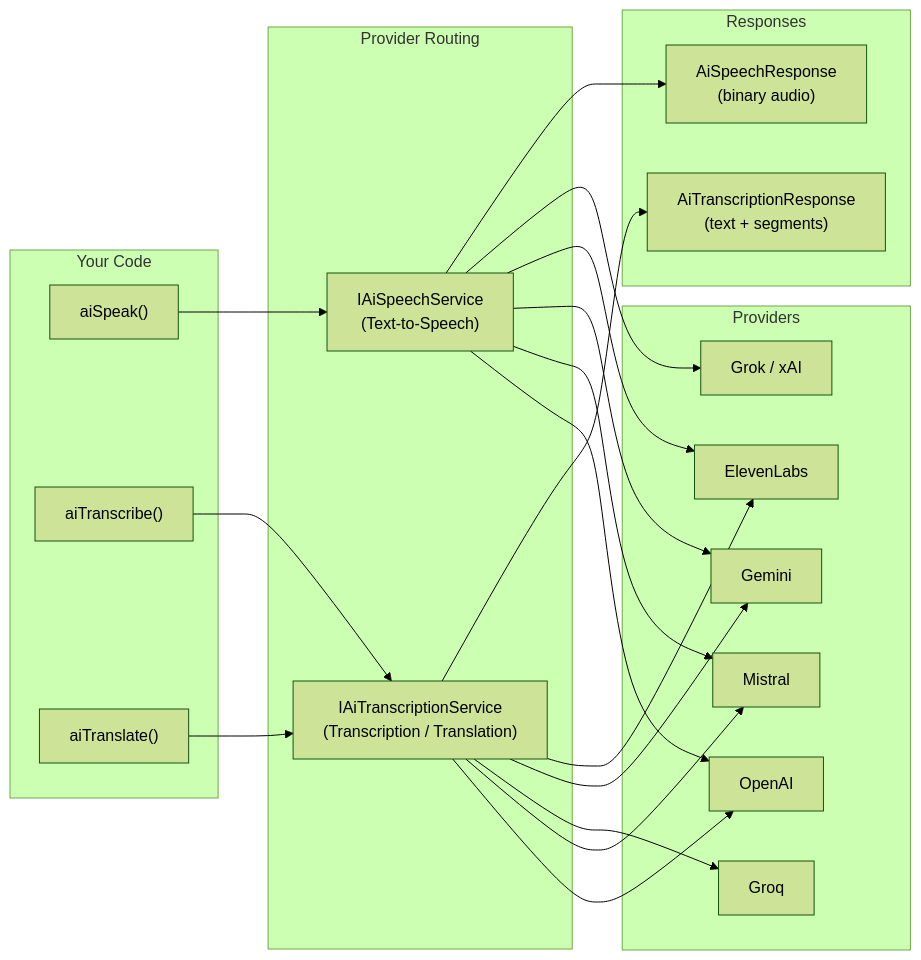
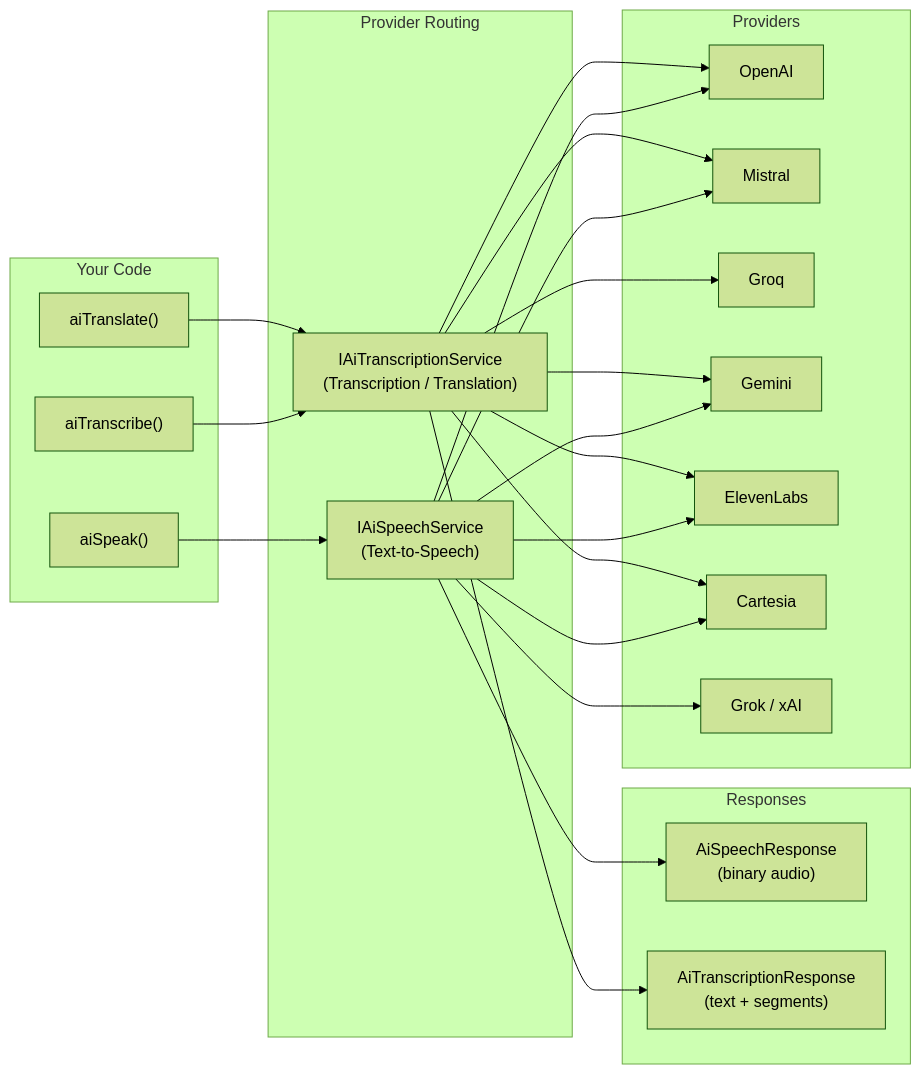
The diagram in main-components/audio/README.md (ortus-boxlang/bx-ai-docs), drawn with Mermaid (forest theme) before and after one commit. The commit also changed other lines of this file and 8 other files, not shown here.

````diff
--- a/main-components/audio/README.md
+++ b/main-components/audio/README.md
@@ -14,35 +14,36 @@
 ```mermaid
 graph LR
     subgraph "Your Code"
         A1["aiSpeak()"]
         A2["aiTranscribe()"]
         A3["aiTranslate()"]
     end
 
     subgraph "Provider Routing"
         B1["IAiSpeechService\n(Text-to-Speech)"]
         B2["IAiTranscriptionService\n(Transcription / Translation)"]
     end
 
     subgraph "Providers"
         C1[OpenAI]
         C2[Mistral]
         C3[Groq]
         C4[Gemini]
         C5[ElevenLabs]
+        C7[Cartesia]
         C6["Grok / xAI"]
     end
 
     subgraph "Responses"
         D1["AiSpeechResponse\n(binary audio)"]
         D2["AiTranscriptionResponse\n(text + segments)"]
     end
 
     A1 --> B1
     A2 --> B2
     A3 --> B2
-    B1 --> C1 & C2 & C4 & C5 & C6
-    B2 --> C1 & C2 & C3 & C4 & C5
+    B1 --> C1 & C2 & C4 & C5 & C6 & C7
+    B2 --> C1 & C2 & C3 & C4 & C5 & C7
     B1 --> D1
     B2 --> D2
 ```
````
